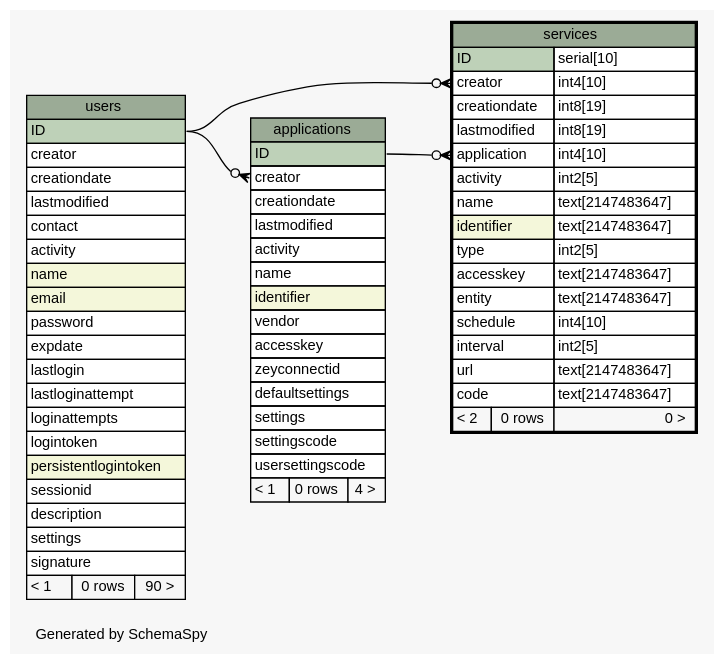
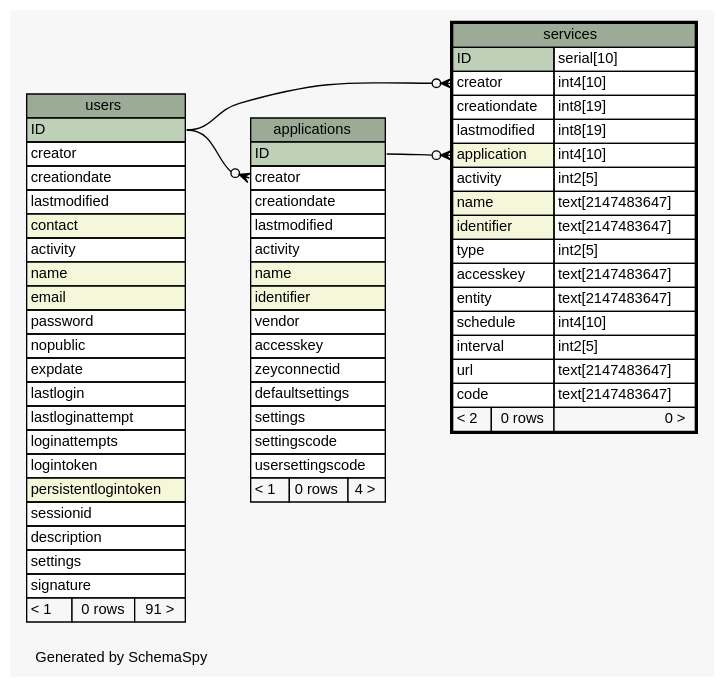
One commit to zeyosinc/zeyos-schema changed the diagram in diagrams/services.1degree.dot. Above: the diagram before and after it, drawn with Graphviz. The commit also changed 313 other files, not shown here.

```diff
--- a/diagrams/services.1degree.dot
+++ b/diagrams/services.1degree.dot
@@ -1,100 +1,101 @@
-// dot 2.38.0 on Mac OS X 10.11.3
+// dot 2.38.0 on Mac OS X 10.11.4
 // SchemaSpy rev 590
 digraph "oneDegreeRelationshipsDiagram" {
   graph [
     rankdir="RL"
     bgcolor="#f7f7f7"
     label="\nGenerated by SchemaSpy"
     labeljust="l"
     nodesep="0.18"
     ranksep="0.46"
     fontname="Helvetica"
     fontsize="11"
   ];
   node [
     fontname="Helvetica"
     fontsize="11"
     shape="plaintext"
   ];
   edge [
     arrowsize="0.8"
   ];
   "applications":"creator":w -> "users":"ID":e [arrowhead=none dir=back arrowtail=crowodot];
   "services":"application":w -> "applications":"ID":e [arrowhead=none dir=back arrowtail=crowodot];
   "services":"creator":w -> "users":"ID":e [arrowhead=none dir=back arrowtail=crowodot];
   "applications" [
     label=<
     <TABLE BORDER="0" CELLBORDER="1" CELLSPACING="0" BGCOLOR="#ffffff">
       <TR><TD COLSPAN="3" BGCOLOR="#9bab96" ALIGN="CENTER">applications</TD></TR>
       <TR><TD PORT="ID" COLSPAN="3" BGCOLOR="#bed1b8" ALIGN="LEFT">ID</TD></TR>
       <TR><TD PORT="creator" COLSPAN="3" ALIGN="LEFT">creator</TD></TR>
       <TR><TD PORT="creationdate" COLSPAN="3" ALIGN="LEFT">creationdate</TD></TR>
       <TR><TD PORT="lastmodified" COLSPAN="3" ALIGN="LEFT">lastmodified</TD></TR>
       <TR><TD PORT="activity" COLSPAN="3" ALIGN="LEFT">activity</TD></TR>
-      <TR><TD PORT="name" COLSPAN="3" ALIGN="LEFT">name</TD></TR>
+      <TR><TD PORT="name" COLSPAN="3" BGCOLOR="#f4f7da" ALIGN="LEFT">name</TD></TR>
       <TR><TD PORT="identifier" COLSPAN="3" BGCOLOR="#f4f7da" ALIGN="LEFT">identifier</TD></TR>
       <TR><TD PORT="vendor" COLSPAN="3" ALIGN="LEFT">vendor</TD></TR>
       <TR><TD PORT="accesskey" COLSPAN="3" ALIGN="LEFT">accesskey</TD></TR>
       <TR><TD PORT="zeyconnectid" COLSPAN="3" ALIGN="LEFT">zeyconnectid</TD></TR>
       <TR><TD PORT="defaultsettings" COLSPAN="3" ALIGN="LEFT">defaultsettings</TD></TR>
       <TR><TD PORT="settings" COLSPAN="3" ALIGN="LEFT">settings</TD></TR>
       <TR><TD PORT="settingscode" COLSPAN="3" ALIGN="LEFT">settingscode</TD></TR>
       <TR><TD PORT="usersettingscode" COLSPAN="3" ALIGN="LEFT">usersettingscode</TD></TR>
       <TR><TD ALIGN="LEFT" BGCOLOR="#f7f7f7">&lt; 1</TD><TD ALIGN="RIGHT" BGCOLOR="#f7f7f7">0 rows</TD><TD ALIGN="RIGHT" BGCOLOR="#f7f7f7">4 &gt;</TD></TR>
     </TABLE>>
     URL="applications.html"
     tooltip="applications"
   ];
   "services" [
     label=<
     <TABLE BORDER="2" CELLBORDER="1" CELLSPACING="0" BGCOLOR="#ffffff">
       <TR><TD COLSPAN="3" BGCOLOR="#9bab96" ALIGN="CENTER">services</TD></TR>
       <TR><TD PORT="ID" COLSPAN="2" BGCOLOR="#bed1b8" ALIGN="LEFT">ID</TD><TD PORT="ID.type" ALIGN="LEFT">serial[10]</TD></TR>
       <TR><TD PORT="creator" COLSPAN="2" ALIGN="LEFT">creator</TD><TD PORT="creator.type" ALIGN="LEFT">int4[10]</TD></TR>
       <TR><TD PORT="creationdate" COLSPAN="2" ALIGN="LEFT">creationdate</TD><TD PORT="creationdate.type" ALIGN="LEFT">int8[19]</TD></TR>
       <TR><TD PORT="lastmodified" COLSPAN="2" ALIGN="LEFT">lastmodified</TD><TD PORT="lastmodified.type" ALIGN="LEFT">int8[19]</TD></TR>
-      <TR><TD PORT="application" COLSPAN="2" ALIGN="LEFT">application</TD><TD PORT="application.type" ALIGN="LEFT">int4[10]</TD></TR>
+      <TR><TD PORT="application" COLSPAN="2" BGCOLOR="#f4f7da" ALIGN="LEFT">application</TD><TD PORT="application.type" ALIGN="LEFT">int4[10]</TD></TR>
       <TR><TD PORT="activity" COLSPAN="2" ALIGN="LEFT">activity</TD><TD PORT="activity.type" ALIGN="LEFT">int2[5]</TD></TR>
-      <TR><TD PORT="name" COLSPAN="2" ALIGN="LEFT">name</TD><TD PORT="name.type" ALIGN="LEFT">text[2147483647]</TD></TR>
+      <TR><TD PORT="name" COLSPAN="2" BGCOLOR="#f4f7da" ALIGN="LEFT">name</TD><TD PORT="name.type" ALIGN="LEFT">text[2147483647]</TD></TR>
       <TR><TD PORT="identifier" COLSPAN="2" BGCOLOR="#f4f7da" ALIGN="LEFT">identifier</TD><TD PORT="identifier.type" ALIGN="LEFT">text[2147483647]</TD></TR>
       <TR><TD PORT="type" COLSPAN="2" ALIGN="LEFT">type</TD><TD PORT="type.type" ALIGN="LEFT">int2[5]</TD></TR>
       <TR><TD PORT="accesskey" COLSPAN="2" ALIGN="LEFT">accesskey</TD><TD PORT="accesskey.type" ALIGN="LEFT">text[2147483647]</TD></TR>
       <TR><TD PORT="entity" COLSPAN="2" ALIGN="LEFT">entity</TD><TD PORT="entity.type" ALIGN="LEFT">text[2147483647]</TD></TR>
       <TR><TD PORT="schedule" COLSPAN="2" ALIGN="LEFT">schedule</TD><TD PORT="schedule.type" ALIGN="LEFT">int4[10]</TD></TR>
       <TR><TD PORT="interval" COLSPAN="2" ALIGN="LEFT">interval</TD><TD PORT="interval.type" ALIGN="LEFT">int2[5]</TD></TR>
       <TR><TD PORT="url" COLSPAN="2" ALIGN="LEFT">url</TD><TD PORT="url.type" ALIGN="LEFT">text[2147483647]</TD></TR>
       <TR><TD PORT="code" COLSPAN="2" ALIGN="LEFT">code</TD><TD PORT="code.type" ALIGN="LEFT">text[2147483647]</TD></TR>
       <TR><TD ALIGN="LEFT" BGCOLOR="#f7f7f7">&lt; 2</TD><TD ALIGN="RIGHT" BGCOLOR="#f7f7f7">0 rows</TD><TD ALIGN="RIGHT" BGCOLOR="#f7f7f7">0 &gt;</TD></TR>
     </TABLE>>
     URL="services.html"
     tooltip="services"
   ];
   "users" [
     label=<
     <TABLE BORDER="0" CELLBORDER="1" CELLSPACING="0" BGCOLOR="#ffffff">
       <TR><TD COLSPAN="3" BGCOLOR="#9bab96" ALIGN="CENTER">users</TD></TR>
       <TR><TD PORT="ID" COLSPAN="3" BGCOLOR="#bed1b8" ALIGN="LEFT">ID</TD></TR>
       <TR><TD PORT="creator" COLSPAN="3" ALIGN="LEFT">creator</TD></TR>
       <TR><TD PORT="creationdate" COLSPAN="3" ALIGN="LEFT">creationdate</TD></TR>
       <TR><TD PORT="lastmodified" COLSPAN="3" ALIGN="LEFT">lastmodified</TD></TR>
-      <TR><TD PORT="contact" COLSPAN="3" ALIGN="LEFT">contact</TD></TR>
+      <TR><TD PORT="contact" COLSPAN="3" BGCOLOR="#f4f7da" ALIGN="LEFT">contact</TD></TR>
       <TR><TD PORT="activity" COLSPAN="3" ALIGN="LEFT">activity</TD></TR>
       <TR><TD PORT="name" COLSPAN="3" BGCOLOR="#f4f7da" ALIGN="LEFT">name</TD></TR>
       <TR><TD PORT="email" COLSPAN="3" BGCOLOR="#f4f7da" ALIGN="LEFT">email</TD></TR>
       <TR><TD PORT="password" COLSPAN="3" ALIGN="LEFT">password</TD></TR>
+      <TR><TD PORT="nopublic" COLSPAN="3" ALIGN="LEFT">nopublic</TD></TR>
       <TR><TD PORT="expdate" COLSPAN="3" ALIGN="LEFT">expdate</TD></TR>
       <TR><TD PORT="lastlogin" COLSPAN="3" ALIGN="LEFT">lastlogin</TD></TR>
       <TR><TD PORT="lastloginattempt" COLSPAN="3" ALIGN="LEFT">lastloginattempt</TD></TR>
       <TR><TD PORT="loginattempts" COLSPAN="3" ALIGN="LEFT">loginattempts</TD></TR>
       <TR><TD PORT="logintoken" COLSPAN="3" ALIGN="LEFT">logintoken</TD></TR>
       <TR><TD PORT="persistentlogintoken" COLSPAN="3" BGCOLOR="#f4f7da" ALIGN="LEFT">persistentlogintoken</TD></TR>
       <TR><TD PORT="sessionid" COLSPAN="3" ALIGN="LEFT">sessionid</TD></TR>
       <TR><TD PORT="description" COLSPAN="3" ALIGN="LEFT">description</TD></TR>
       <TR><TD PORT="settings" COLSPAN="3" ALIGN="LEFT">settings</TD></TR>
       <TR><TD PORT="signature" COLSPAN="3" ALIGN="LEFT">signature</TD></TR>
-      <TR><TD ALIGN="LEFT" BGCOLOR="#f7f7f7">&lt; 1</TD><TD ALIGN="RIGHT" BGCOLOR="#f7f7f7">0 rows</TD><TD ALIGN="RIGHT" BGCOLOR="#f7f7f7">90 &gt;</TD></TR>
+      <TR><TD ALIGN="LEFT" BGCOLOR="#f7f7f7">&lt; 1</TD><TD ALIGN="RIGHT" BGCOLOR="#f7f7f7">0 rows</TD><TD ALIGN="RIGHT" BGCOLOR="#f7f7f7">91 &gt;</TD></TR>
     </TABLE>>
     URL="users.html"
     tooltip="users"
   ];
 }
```
